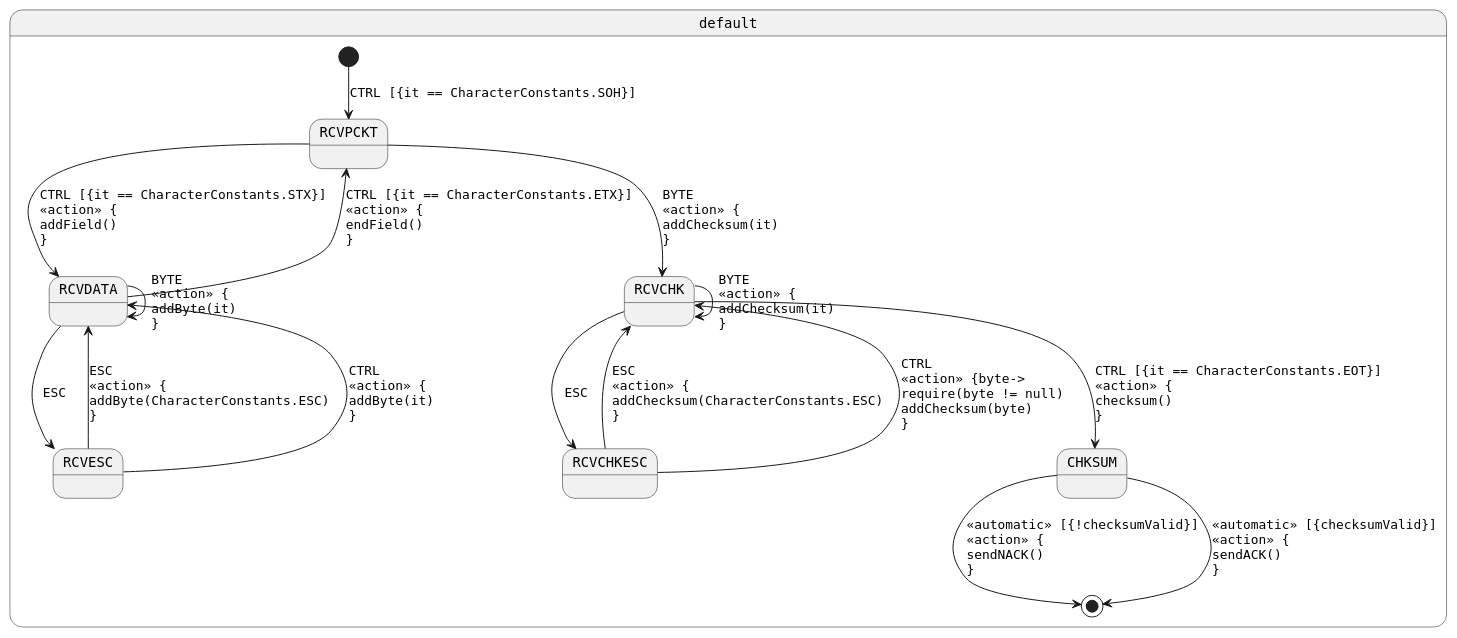
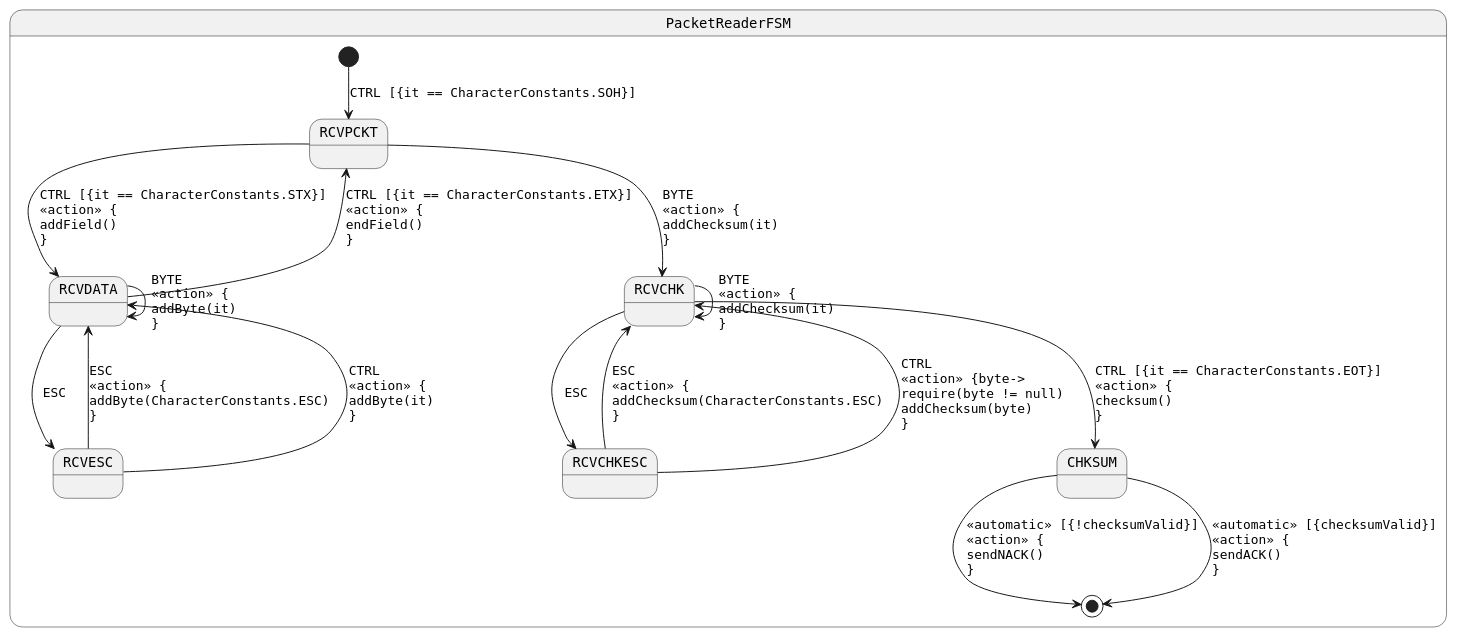
Before and after one commit to open-jumpco/kfsm-viz: the diagram in generated-parsed/packet-reader.plantuml, drawn with PlantUML. The commit also changed 9 other files, not shown here.

```diff
--- a/generated-parsed/packet-reader.plantuml
+++ b/generated-parsed/packet-reader.plantuml
@@ -1,21 +1,21 @@
 @startuml
 skinparam StateFontName Helvetica
 skinparam defaultFontName Monospaced
-state default {
+state PacketReaderFSM {
 [*] --> RCVPCKT : CTRL [{it == CharacterConstants.SOH}]
 RCVPCKT --> RCVDATA : CTRL [{it == CharacterConstants.STX}]\l<<action>> {\laddField()\l}
 RCVPCKT --> RCVCHK : BYTE\l<<action>> {\laddChecksum(it)\l}
 RCVDATA --> RCVDATA : BYTE\l<<action>> {\laddByte(it)\l}
 RCVDATA --> RCVPCKT : CTRL [{it == CharacterConstants.ETX}]\l<<action>> {\lendField()\l}
 RCVDATA --> RCVESC : ESC
 RCVESC --> RCVDATA : ESC\l<<action>> {\laddByte(CharacterConstants.ESC)\l}
 RCVESC --> RCVDATA : CTRL\l<<action>> {\laddByte(it)\l}
 RCVCHK --> RCVCHK : BYTE\l<<action>> {\laddChecksum(it)\l}
 RCVCHK --> RCVCHKESC : ESC
 RCVCHK --> CHKSUM : CTRL [{it == CharacterConstants.EOT}]\l<<action>> {\lchecksum()\l}
 CHKSUM --> [*] : <<automatic>> [{!checksumValid}]\l<<action>> {\lsendNACK()\l}
 CHKSUM --> [*] : <<automatic>> [{checksumValid}]\l<<action>> {\lsendACK()\l}
 RCVCHKESC --> RCVCHK : ESC\l<<action>> {\laddChecksum(CharacterConstants.ESC)\l}
 RCVCHKESC --> RCVCHK : CTRL\l<<action>> {byte->\lrequire(byte != null)\laddChecksum(byte)\l}
 }
 @enduml
```
